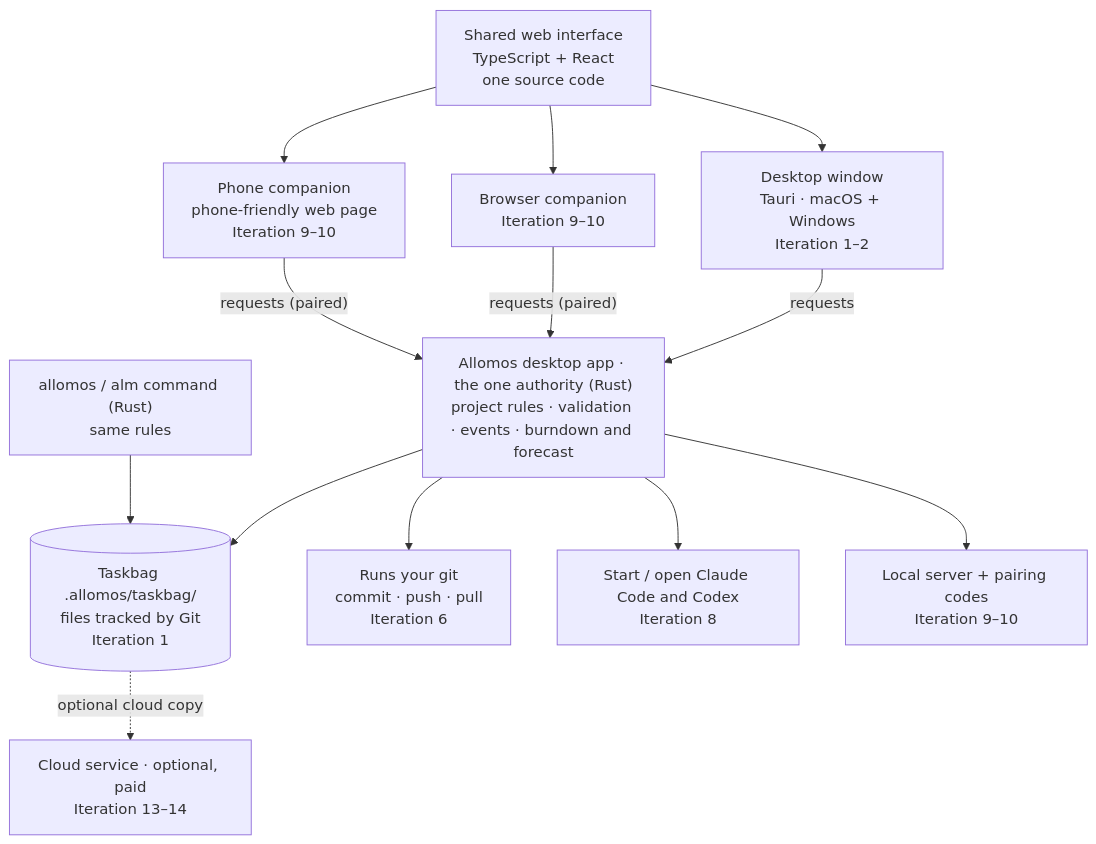
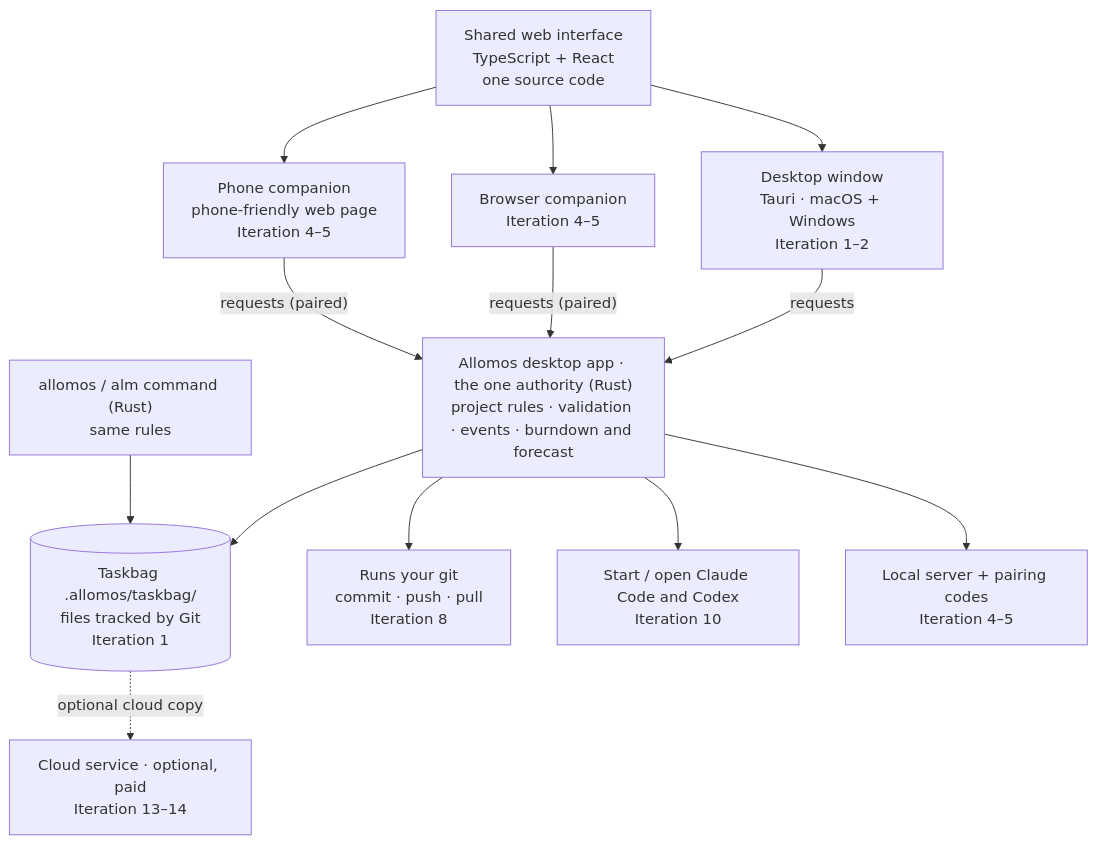
One commit to allomos/allomos changed the diagram in docs/product/PLAN.md. Above: the diagram before and after it, drawn with Mermaid. The commit also changed other lines of this file and 2 other files, not shown here.

Commit message:
A00-wand432: PLAN.md's roadmap follows the taskbag's iteration order (companions at 4–5)

````diff
--- a/docs/product/PLAN.md
+++ b/docs/product/PLAN.md
@@ -112,17 +112,17 @@
 ```mermaid
 flowchart TD
     UI["Shared web interface<br/>TypeScript + React<br/>one source code"]
     UI --> DW["Desktop window<br/>Tauri · macOS + Windows<br/>Iteration 1–2"]
-    UI --> BC["Browser companion<br/>Iteration 9–10"]
-    UI --> PC["Phone companion<br/>phone-friendly web page<br/>Iteration 9–10"]
+    UI --> BC["Browser companion<br/>Iteration 4–5"]
+    UI --> PC["Phone companion<br/>phone-friendly web page<br/>Iteration 4–5"]
     DW -- requests --> HUB
     BC -- "requests (paired)" --> HUB
     PC -- "requests (paired)" --> HUB
     HUB["Allomos desktop app · the one authority (Rust)<br/>project rules · validation · events · burndown and forecast"]
     HUB --> TB[("Taskbag .allomos/taskbag/<br/>files tracked by Git<br/>Iteration 1")]
-    HUB --> GIT["Runs your git<br/>commit · push · pull<br/>Iteration 6"]
-    HUB --> RUN["Start / open Claude Code and Codex<br/>Iteration 8"]
-    HUB --> SRV["Local server + pairing codes<br/>Iteration 9–10"]
+    HUB --> GIT["Runs your git<br/>commit · push · pull<br/>Iteration 8"]
+    HUB --> RUN["Start / open Claude Code and Codex<br/>Iteration 10"]
+    HUB --> SRV["Local server + pairing codes<br/>Iteration 4–5"]
     CLI["allomos / alm command (Rust)<br/>same rules"] --> TB
     TB -. "optional cloud copy" .-> CLOUD["Cloud service · optional, paid<br/>Iteration 13–14"]
 ```
````
